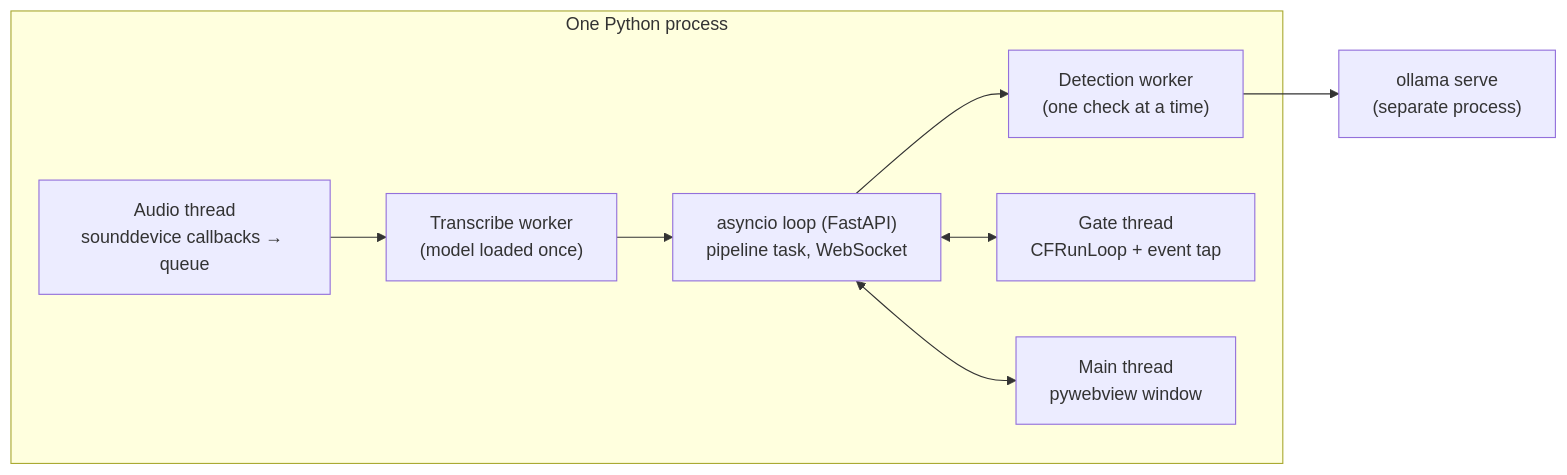
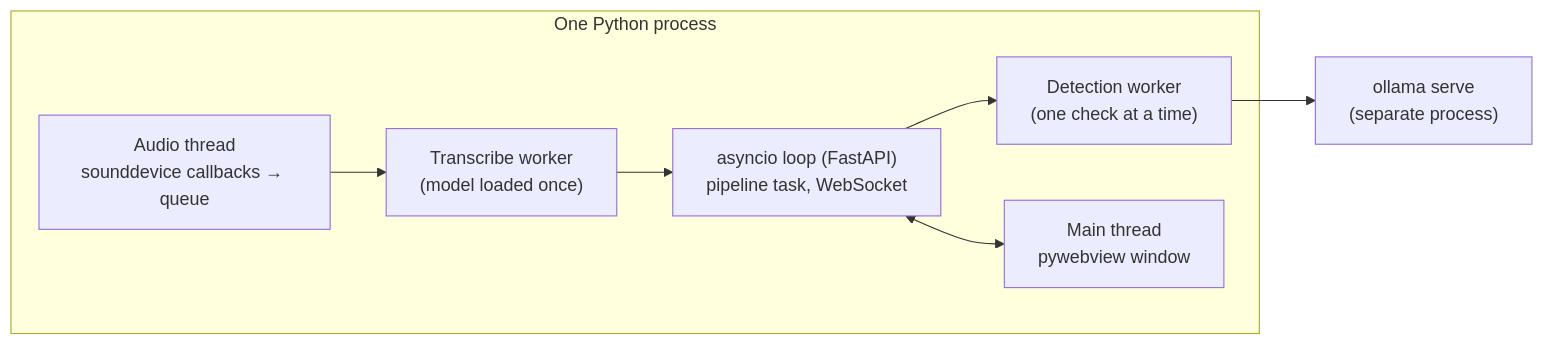
Before and after one commit to cocoleunghokei/CallGuard: the eighth of 10 diagrams in hack1984/prd.md, drawn with Mermaid. The commit also changed other lines of this file, not shown here.

First line of the commit message:
PRD: cut the hard keyboard gate; the pause never blocks typing

````diff
--- a/hack1984/prd.md
+++ b/hack1984/prd.md
@@ -762,16 +760,14 @@
 ```mermaid
 flowchart LR
     subgraph proc["One Python process"]
         t1["Audio thread<br/>sounddevice callbacks → queue"]
         t2["Transcribe worker<br/>(model loaded once)"]
         loop["asyncio loop (FastAPI)<br/>pipeline task, WebSocket"]
         t3["Detection worker<br/>(one check at a time)"]
-        t4["Gate thread<br/>CFRunLoop + event tap"]
         t5["Main thread<br/>pywebview window"]
     end
     ol["ollama serve<br/>(separate process)"]
     t1 --> t2 --> loop
     loop --> t3 --> ol
-    loop <--> t4
     loop <--> t5
 ```
````
